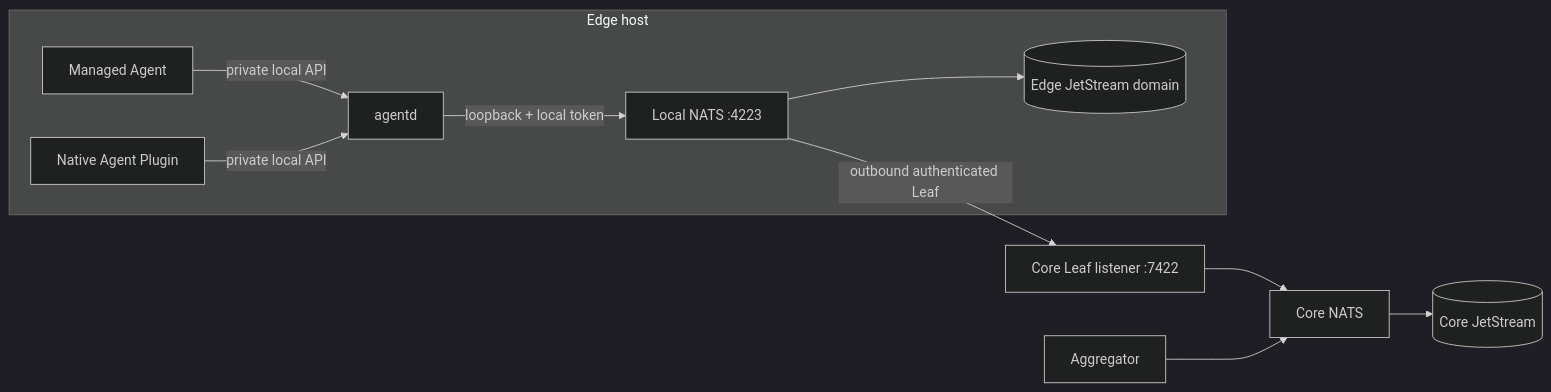
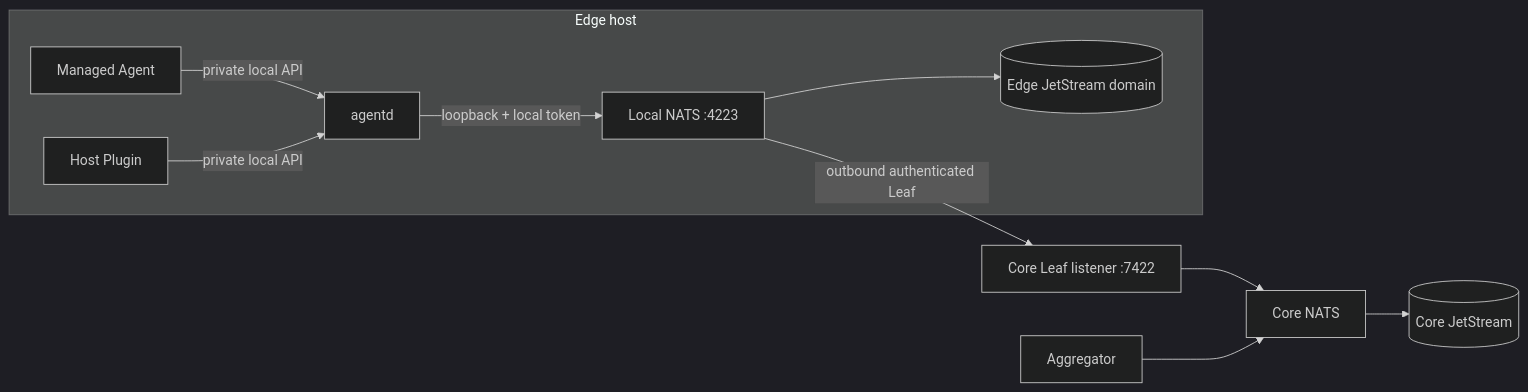
The second of 3 diagrams in docs/architecture/multi-mode-messaging.md (EdgeCitadelTeam/EdgeCitadel), drawn with Mermaid (dark theme) before and after one commit. The commit also changed other lines of this file and 238 other files, not shown here.

````diff
--- a/docs/architecture/multi-mode-messaging.md
+++ b/docs/architecture/multi-mode-messaging.md
@@ -134,18 +134,18 @@
 ```mermaid
 flowchart LR
     subgraph EdgeHost[Edge host]
         P1[Managed Agent]
-        P2[Native Agent Plugin]
+        P2[Host Plugin]
         D[agentd]
         L[Local NATS :4223]
         EJS[(Edge JetStream domain)]
         P1 -->|private local API| D
         P2 -->|private local API| D
         D -->|loopback + local token| L
         L --> EJS
     end
     L -->|outbound authenticated Leaf| CL[Core Leaf listener :7422]
     CL --> C[Core NATS]
     C --> CJS[(Core JetStream)]
     A[Aggregator] --> C
 ```
````
